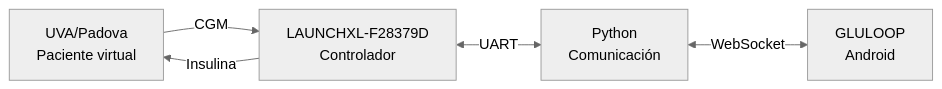
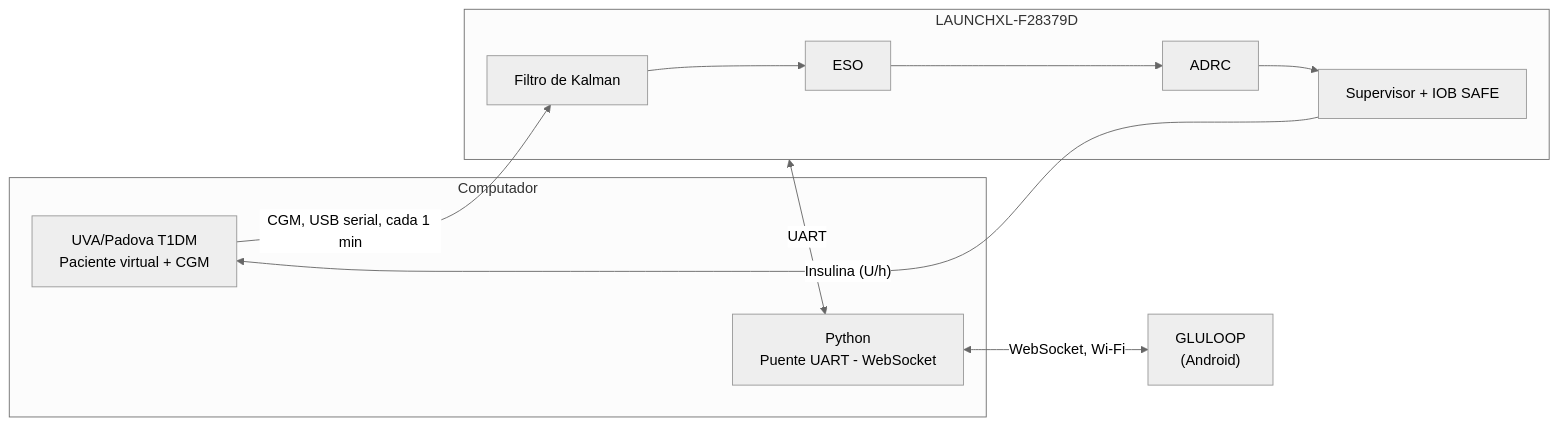
The diagram in README.md (leo09p/GLULOOP-HIL), drawn with Mermaid (neutral theme) before and after one commit. The commit also changed other lines of this file, not shown here.

````diff
--- a/README.md
+++ b/README.md
@@ -35,17 +49,18 @@
 ```mermaid
 flowchart LR
+    subgraph PC["Computador"]
+        UVA["UVA/Padova T1DM<br/>Paciente virtual + CGM"]
+        PY["Python<br/>Puente UART - WebSocket"]
+    end
 
-    UVA["UVA/Padova<br/>Paciente virtual"]
+    subgraph HW["LAUNCHXL-F28379D"]
+        KF["Filtro de Kalman"] --> ESO["ESO"] --> ADRC["ADRC"] --> SAFE["Supervisor + IOB SAFE"]
+    end
 
-    HW["LAUNCHXL-F28379D<br/>Controlador"]
+    APP["GLULOOP<br/>(Android)"]
 
-    PY["Python<br/>Comunicación"]
-
-    APP["GLULOOP<br/>Android"]
-
-    UVA -->|"CGM"| HW
-    HW -->|"Insulina"| UVA
-
-    HW <-->|"UART"| PY
-    PY <-->|"WebSocket"| APP
+    UVA -- "CGM, USB serial, cada 1 min" --> KF
+    SAFE -- "Insulina (U/h)" --> UVA
+    HW <-- "UART" --> PY
+    PY <-- "WebSocket, Wi-Fi" --> APP
 ```
````
